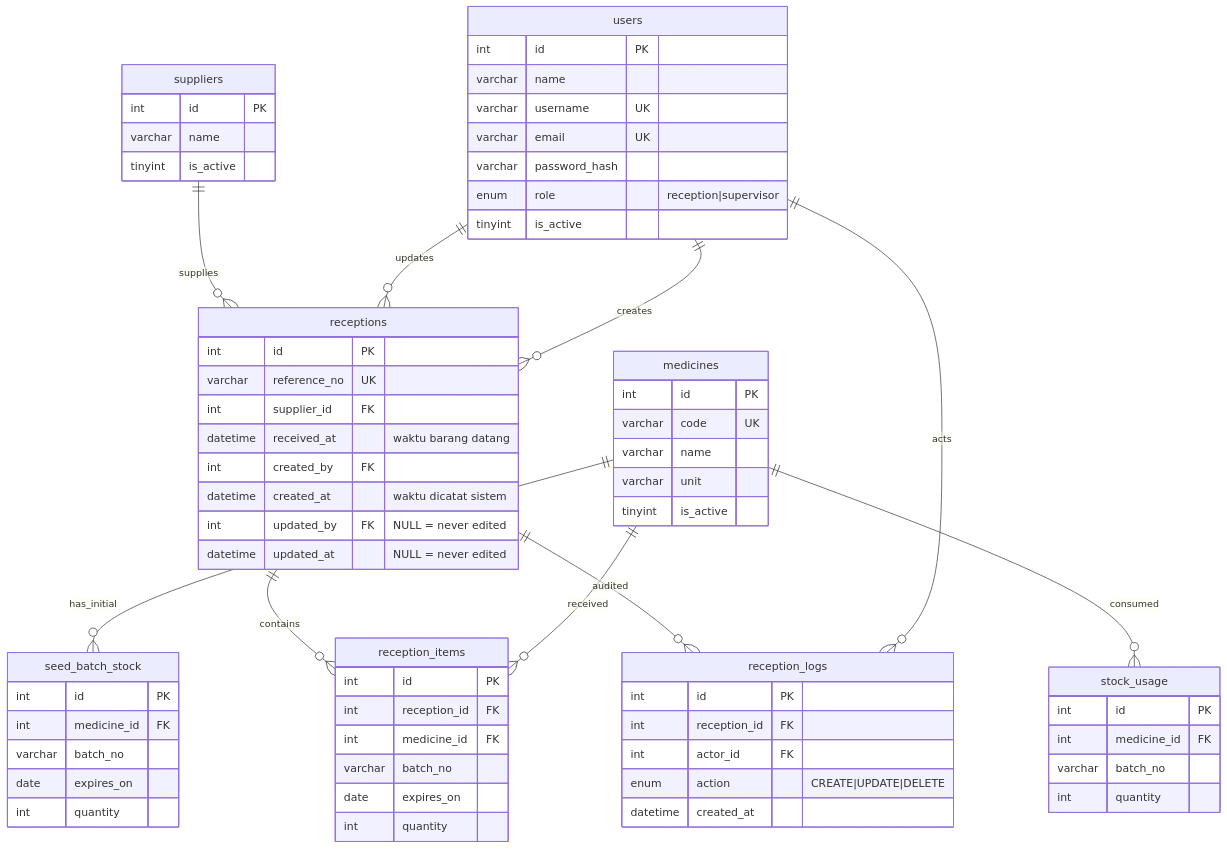
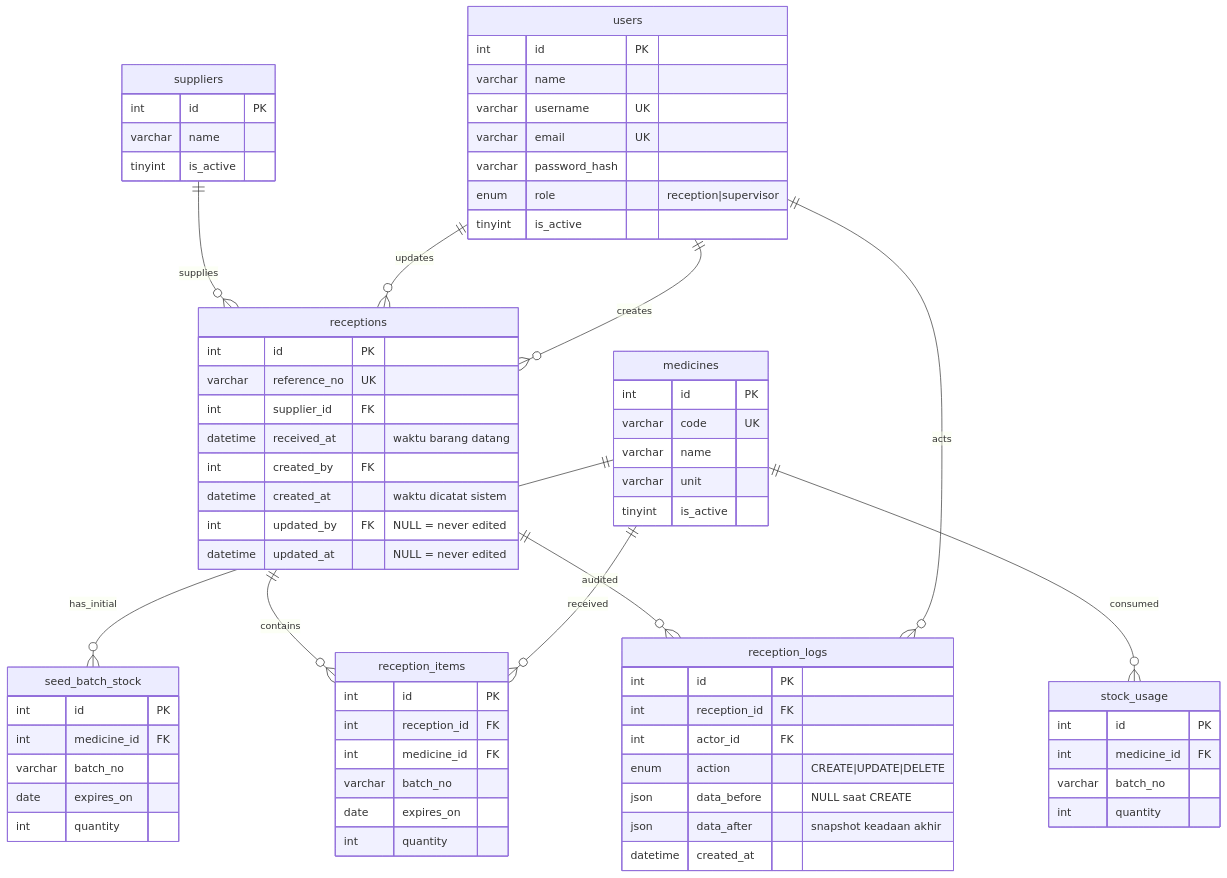
One commit to LostInLost/pharmacy-farmagitechs changed the diagram in docs/database.md. Above: the diagram before and after it, drawn with Mermaid. The commit also changed other lines of this file and 12 other files, not shown here.

First line of the commit message:
feat: add before/after snapshots to reception audit log

````diff
--- a/docs/database.md
+++ b/docs/database.md
@@ -5,72 +5,74 @@
 ```mermaid
 erDiagram
     users ||--o{ receptions : "creates"
     users ||--o{ receptions : "updates"
     users ||--o{ reception_logs : "acts"
     suppliers ||--o{ receptions : "supplies"
     medicines ||--o{ seed_batch_stock : "has_initial"
     medicines ||--o{ stock_usage : "consumed"
     medicines ||--o{ reception_items : "received"
     receptions ||--o{ reception_items : "contains"
     receptions ||--o{ reception_logs : "audited"
 
     users {
         int id PK
         varchar name
         varchar username UK
         varchar email UK
         varchar password_hash
         enum role "reception|supervisor"
         tinyint is_active
     }
     suppliers {
         int id PK
         varchar name
         tinyint is_active
     }
     medicines {
         int id PK
         varchar code UK
         varchar name
         varchar unit
         tinyint is_active
     }
     seed_batch_stock {
         int id PK
         int medicine_id FK
         varchar batch_no
         date expires_on
         int quantity
     }
     stock_usage {
         int id PK
         int medicine_id FK
         varchar batch_no
         int quantity
     }
     receptions {
         int id PK
         varchar reference_no UK
         int supplier_id FK
         datetime received_at "waktu barang datang"
         int created_by FK
         datetime created_at "waktu dicatat sistem"
         int updated_by FK "NULL = never edited"
         datetime updated_at "NULL = never edited"
     }
     reception_items {
         int id PK
         int reception_id FK
         int medicine_id FK
         varchar batch_no
         date expires_on
         int quantity
     }
     reception_logs {
         int id PK
         int reception_id FK
         int actor_id FK
         enum action "CREATE|UPDATE|DELETE"
+        json data_before "NULL saat CREATE"
+        json data_after "snapshot keadaan akhir"
         datetime created_at
     }
 ```
````
